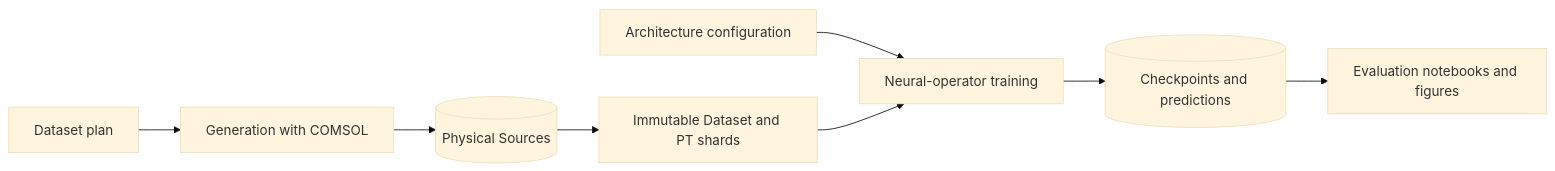
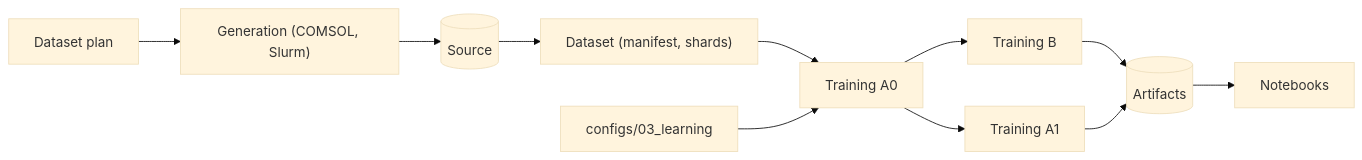
The diagram in README.md (Rinovative/grainlegumes-pino-drying), drawn with Mermaid (base theme) before and after one commit. The commit also changed other lines of this file and 320 other files, not shown here.

````diff
--- a/README.md
+++ b/README.md
@@ -127,8 +88,13 @@
 ```mermaid
 flowchart LR
-    P[Dataset plan] --> G[Generation with COMSOL]
-    G --> S[(Physical Sources)] --> D[Immutable Dataset and PT shards]
-    C[Architecture configuration] --> T[Neural-operator training]
-    D --> T
-    T --> R[(Checkpoints and predictions)] --> E[Evaluation notebooks and figures]
+    P["Dataset plan"] --> G["Generation (COMSOL, Slurm)"]
+    G --> S[("Source")]
+    S --> D["Dataset (manifest, shards)"]
+    D --> A0["Training A0"]
+    C["configs/03_learning"] --> A0
+    A0 --> B["Training B"]
+    A0 --> A1["Training A1"]
+    B --> R[("Artifacts")]
+    A1 --> R
+    R --> N["Notebooks"]
 ```
````
